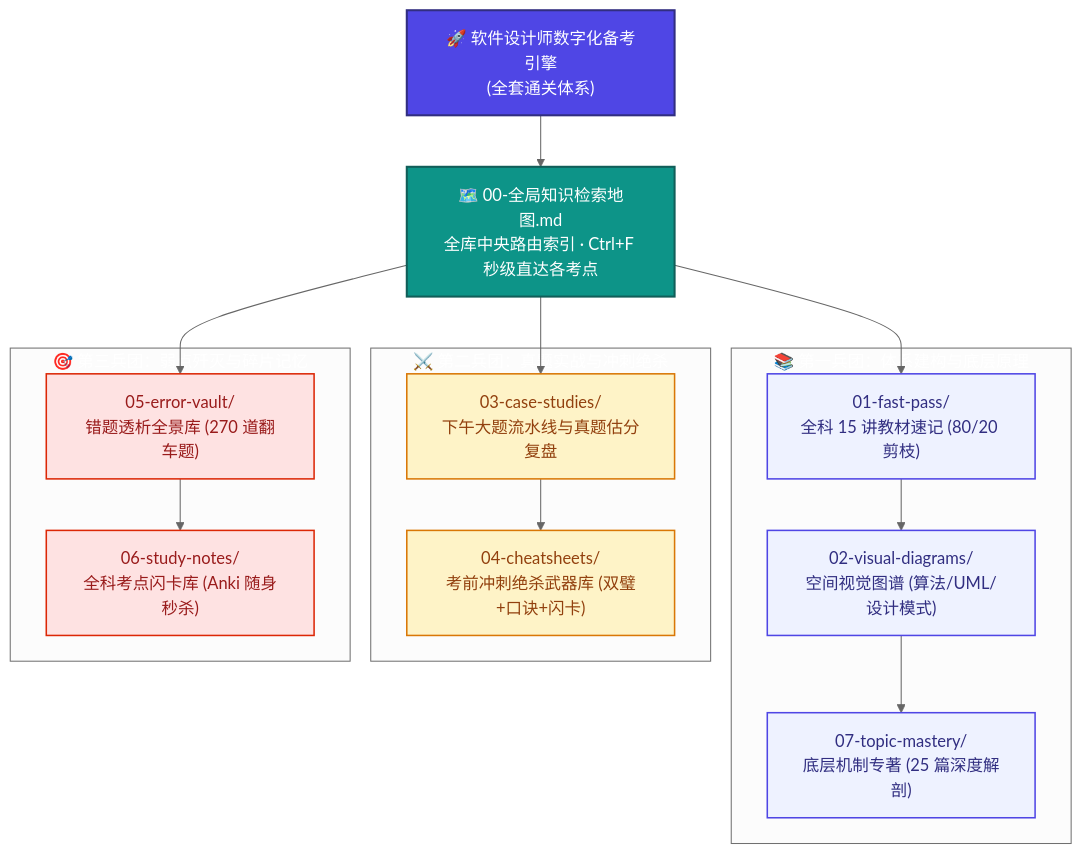
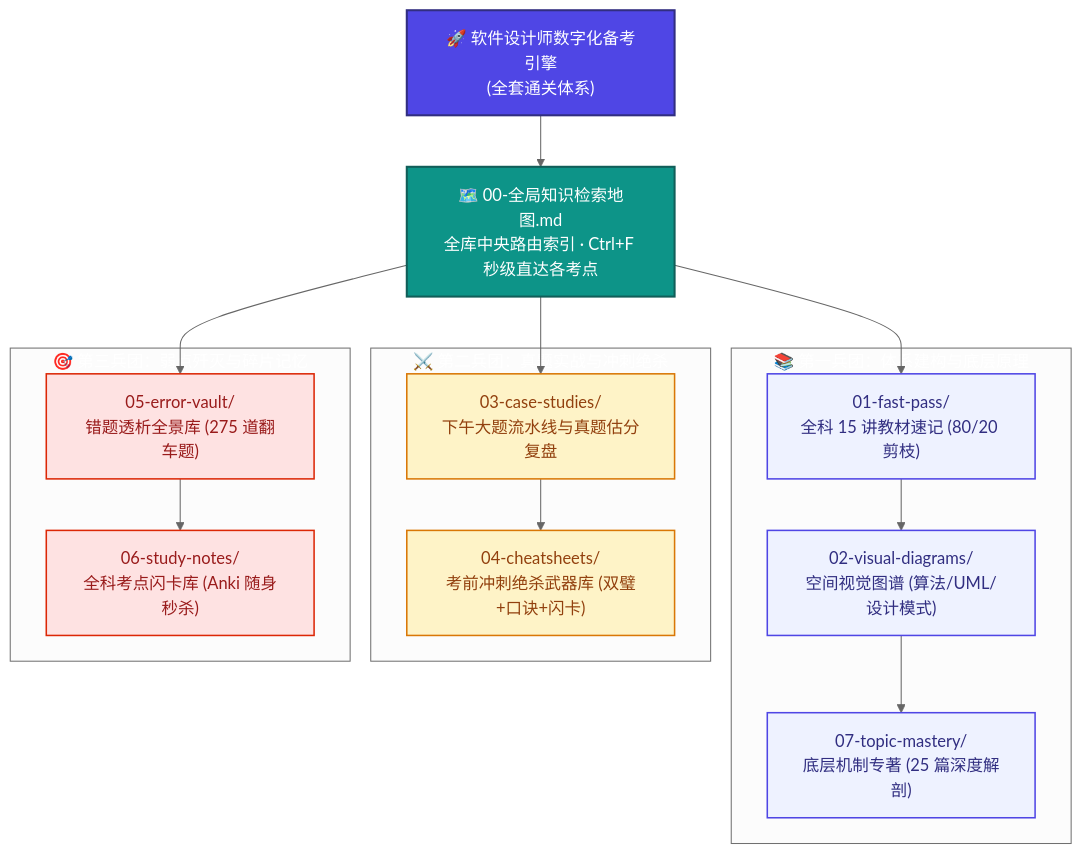
Before and after one commit to cpsa3/software-designer-fast-pass: the diagram in README.md, drawn with Mermaid (neutral theme). The commit also changed other lines of this file and 2 other files, not shown here.

Commit message:
docs(error-vault): 归档错题271~275(中间代码机器无关优化/DFD患者外部实体/商标法地名黄山例外/IDS漏洞扫描边界/会话拦截被动攻击)

````diff
--- a/README.md
+++ b/README.md
@@ -70,36 +70,36 @@
 ```mermaid
 flowchart TD
     classDef root fill:#4F46E5,stroke:#312E81,stroke-width:2px,color:#fff
     classDef hub fill:#0D9488,stroke:#115E59,stroke-width:2px,color:#fff
     classDef base fill:#EEF2FF,stroke:#4F46E5,stroke-width:1.5px,color:#312E81
     classDef exam fill:#FEF3C7,stroke:#D97706,stroke-width:1.5px,color:#92400E
     classDef vault fill:#FEE2E2,stroke:#DC2706,stroke-width:1.5px,color:#991B1B
 
     Root["🚀 软件设计师数字化备考引擎<br>(全套通关体系)"]:::root
     Map["🗺️ 00-全局知识检索地图.md<br>全库中央路由索引 · Ctrl+F 秒级直达各考点"]:::hub
 
     Root --> Map
 
     subgraph G1["📚 第一兵团：体系建构与底层原理"]
         M1["01-fast-pass/<br>全科 15 讲教材速记 (80/20 剪枝)"]:::base
         M2["02-visual-diagrams/<br>空间视觉图谱 (算法/UML/设计模式)"]:::base
         M7["07-topic-mastery/<br>底层机制专著 (25 篇深度解剖)"]:::base
         M1 --> M2 --> M7
     end
 
     subgraph G2["⚔️ 第二兵团：真题实战与冲刺绝杀"]
         M3["03-case-studies/<br>下午大题流水线与真题估分复盘"]:::exam
         M4["04-cheatsheets/<br>考前冲刺绝杀武器库 (双璧+口诀+闪卡)"]:::exam
         M3 --> M4
     end
 
     subgraph G3["🎯 第三兵团：弱点歼灭与碎片记忆"]
-        M5["05-error-vault/<br>错题透析全景库 (270 道翻车题)"]:::vault
+        M5["05-error-vault/<br>错题透析全景库 (275 道翻车题)"]:::vault
         M6["06-study-notes/<br>全科考点闪卡库 (Anki 随身秒杀)"]:::vault
         M5 --> M6
     end
 
     Map --> M1
     Map --> M3
     Map --> M5
 ```
````
